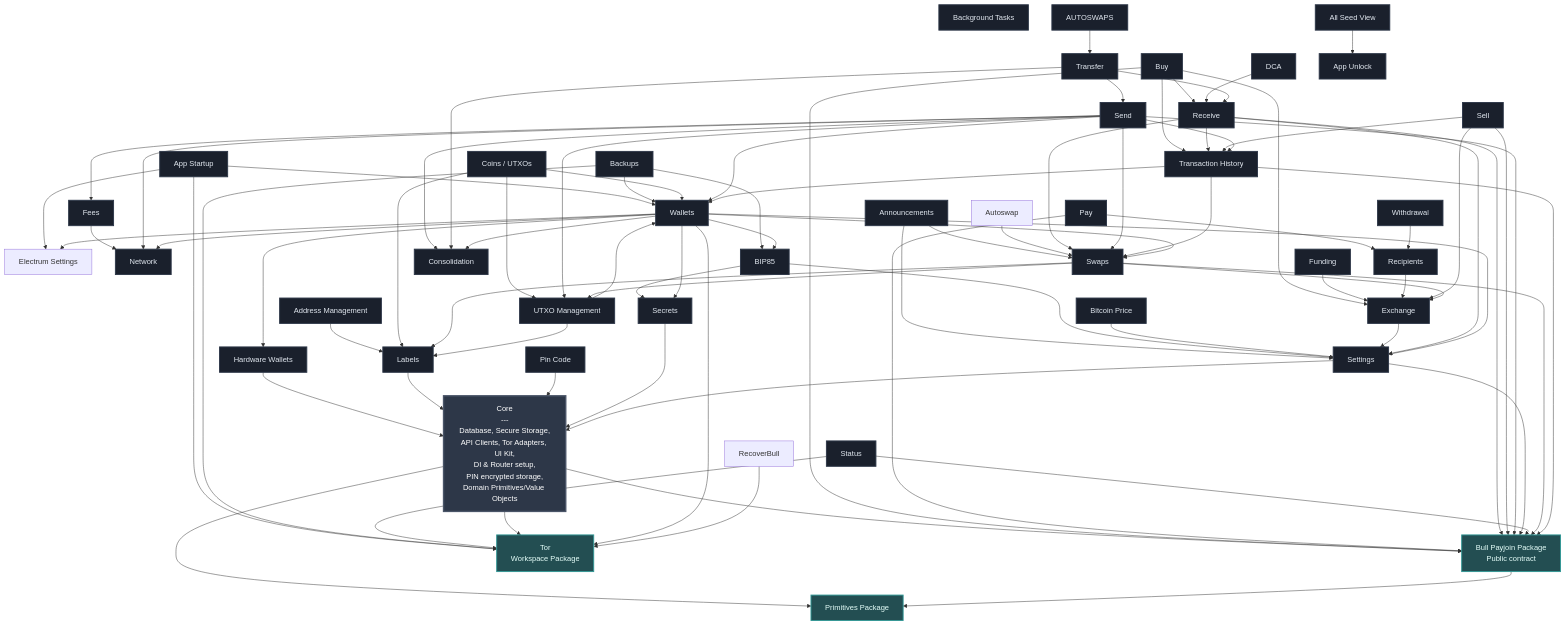
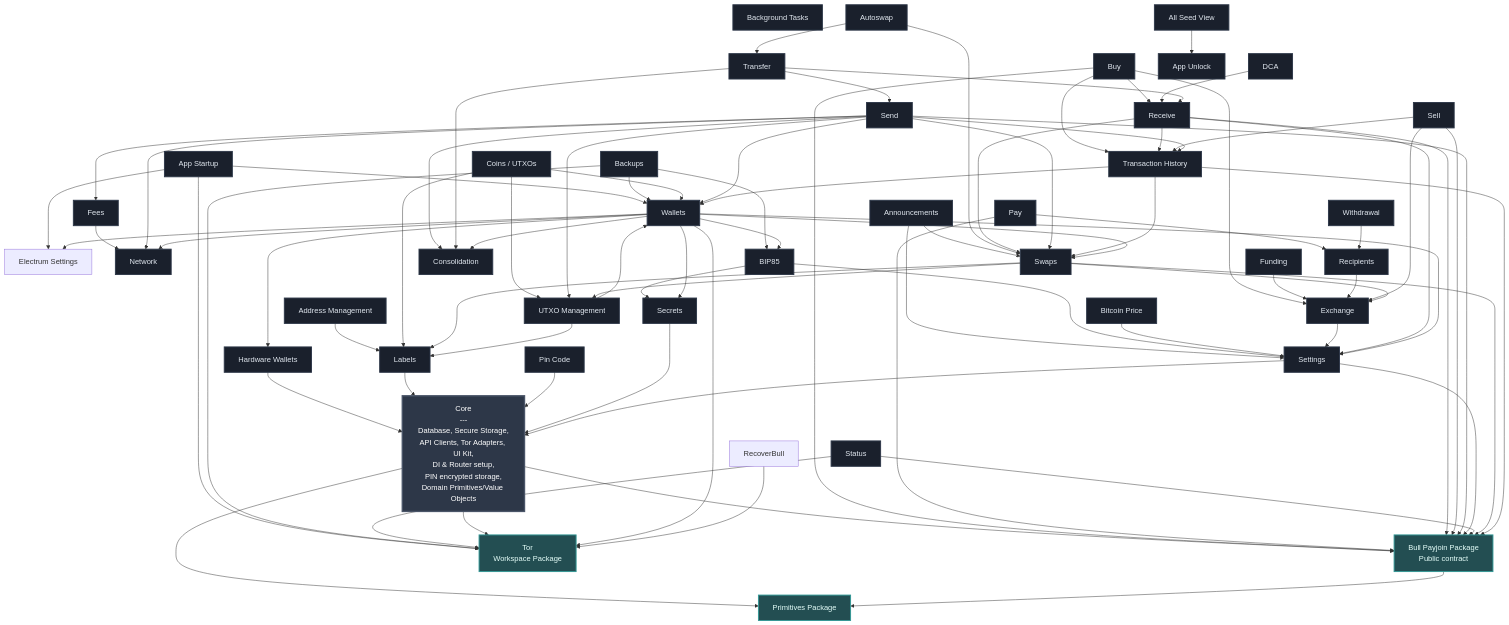
Before and after one commit to SatoshiPortal/bullbitcoin-mobile: the diagram in FEATURES.md, drawn with Mermaid. The commit also changed 4 other files, not shown here.

````diff
--- a/FEATURES.md
+++ b/FEATURES.md
@@ -70,7 +70,7 @@
     APP_STARTUP --> ELECTRUM_SETTINGS
     AUTOSWAP --> SWAPS
     APP_STARTUP --> TOR
-    AUTOSWAPS --> TRANSFER
+    AUTOSWAP --> TRANSFER
     BIP85 --> SECRETS
     BIP85 --> SETTINGS
     BACKUPS --> BIP85
@@ -146,5 +146,5 @@
 
     class CORE coreStyle
     class PRIMITIVES,BULL_PAYJOIN,TOR packageStyle
-    class SETTINGS,PIN_CODE,LABELS,SECRETS,HW_WALLETS,BTC_PRICE,NETWORK,BIP85,FEES,WALLETS,EXCHANGE,APP_STARTUP,UTXO_MGMT,ADDRESS_MGMT,RECIPIENTS,FUNDING,BACKUPS,SWAPS,WITHDRAWAL,STATUS,SEND,RECEIVE,TRANSFER,TX_HISTORY,BG_TASKS,AUTOSWAPS,DCA,SELL,PAY,BUY,COINS,ANNOUNCEMENTS,CONSOLIDATION,ALL_SEED_VIEW,APP_UNLOCK featureStyle
+    class SETTINGS,PIN_CODE,LABELS,SECRETS,HW_WALLETS,BTC_PRICE,NETWORK,BIP85,FEES,WALLETS,EXCHANGE,APP_STARTUP,UTXO_MGMT,ADDRESS_MGMT,RECIPIENTS,FUNDING,BACKUPS,SWAPS,WITHDRAWAL,STATUS,SEND,RECEIVE,TRANSFER,TX_HISTORY,BG_TASKS,AUTOSWAP,DCA,SELL,PAY,BUY,COINS,ANNOUNCEMENTS,CONSOLIDATION,ALL_SEED_VIEW,APP_UNLOCK featureStyle
 ```
````
